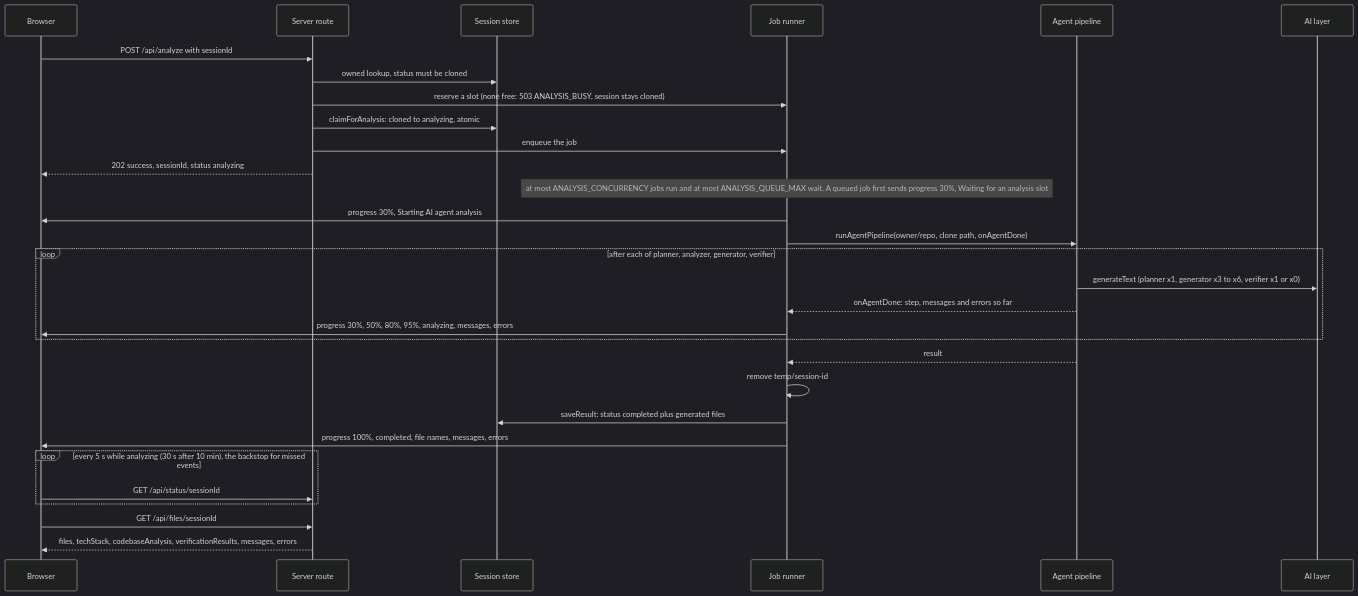
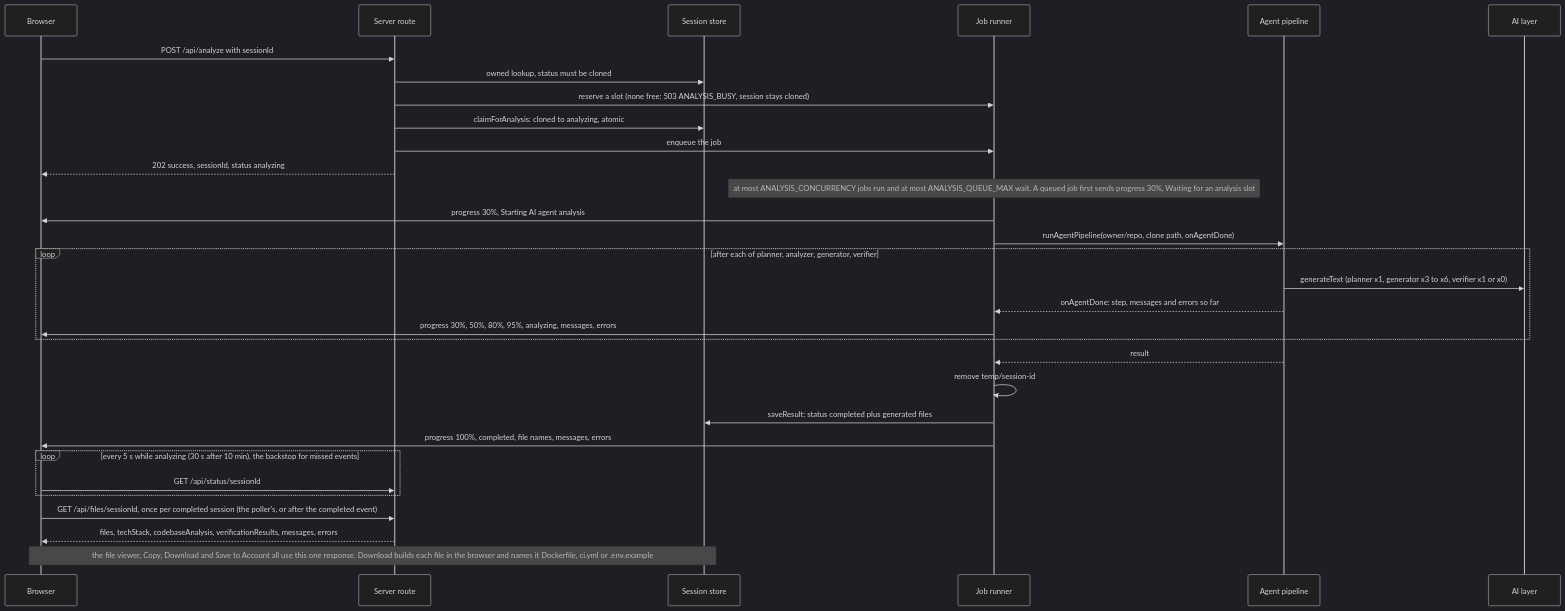
The fifth of 7 diagrams in ARCHITECTURE.md (bipul724/InfraMind), drawn with Mermaid (dark theme) before and after one commit. The commit also changed other lines of this file and 9 other files, not shown here.

First line of the commit message:
feat(results): file viewer with copy, download and save; clear cached results on user change

````diff
--- a/ARCHITECTURE.md
+++ b/ARCHITECTURE.md
@@ -165,33 +165,34 @@
 ```mermaid
 sequenceDiagram
     participant B as Browser
     participant S as Server route
     participant St as Session store
     participant J as Job runner
     participant P as Agent pipeline
     participant AI as AI layer
 
     B->>S: POST /api/analyze with sessionId
     S->>St: owned lookup, status must be cloned
     S->>J: reserve a slot (none free: 503 ANALYSIS_BUSY, session stays cloned)
     S->>St: claimForAnalysis: cloned to analyzing, atomic
     S->>J: enqueue the job
     S-->>B: 202 success, sessionId, status analyzing
     Note over J: at most ANALYSIS_CONCURRENCY jobs run and at most ANALYSIS_QUEUE_MAX wait. A queued job first sends progress 30%, Waiting for an analysis slot
     J->>B: progress 30%, Starting AI agent analysis
     J->>P: runAgentPipeline(owner/repo, clone path, onAgentDone)
     loop after each of planner, analyzer, generator, verifier
         P->>AI: generateText (planner x1, generator x3 to x6, verifier x1 or x0)
         P-->>J: onAgentDone: step, messages and errors so far
         J->>B: progress 30%, 50%, 80%, 95%, analyzing, messages, errors
     end
     P-->>J: result
     J->>J: remove temp/session-id
     J->>St: saveResult: status completed plus generated files
     J->>B: progress 100%, completed, file names, messages, errors
     loop every 5 s while analyzing (30 s after 10 min), the backstop for missed events
         B->>S: GET /api/status/sessionId
     end
-    B->>S: GET /api/files/sessionId
+    B->>S: GET /api/files/sessionId, once per completed session (the poller's, or after the completed event)
     S-->>B: files, techStack, codebaseAnalysis, verificationResults, messages, errors
+    Note over B,St: the file viewer, Copy, Download and Save to Account all use this one response. Download builds each file in the browser and names it Dockerfile, ci.yml or .env.example
 ```
````
